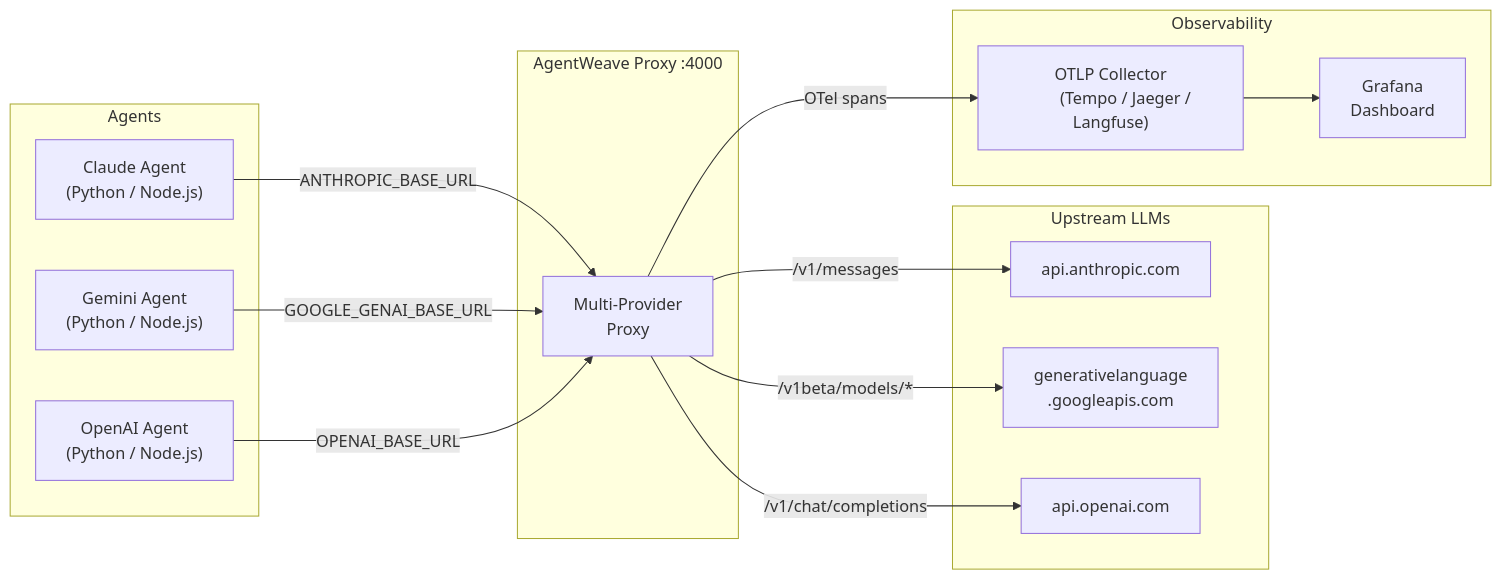
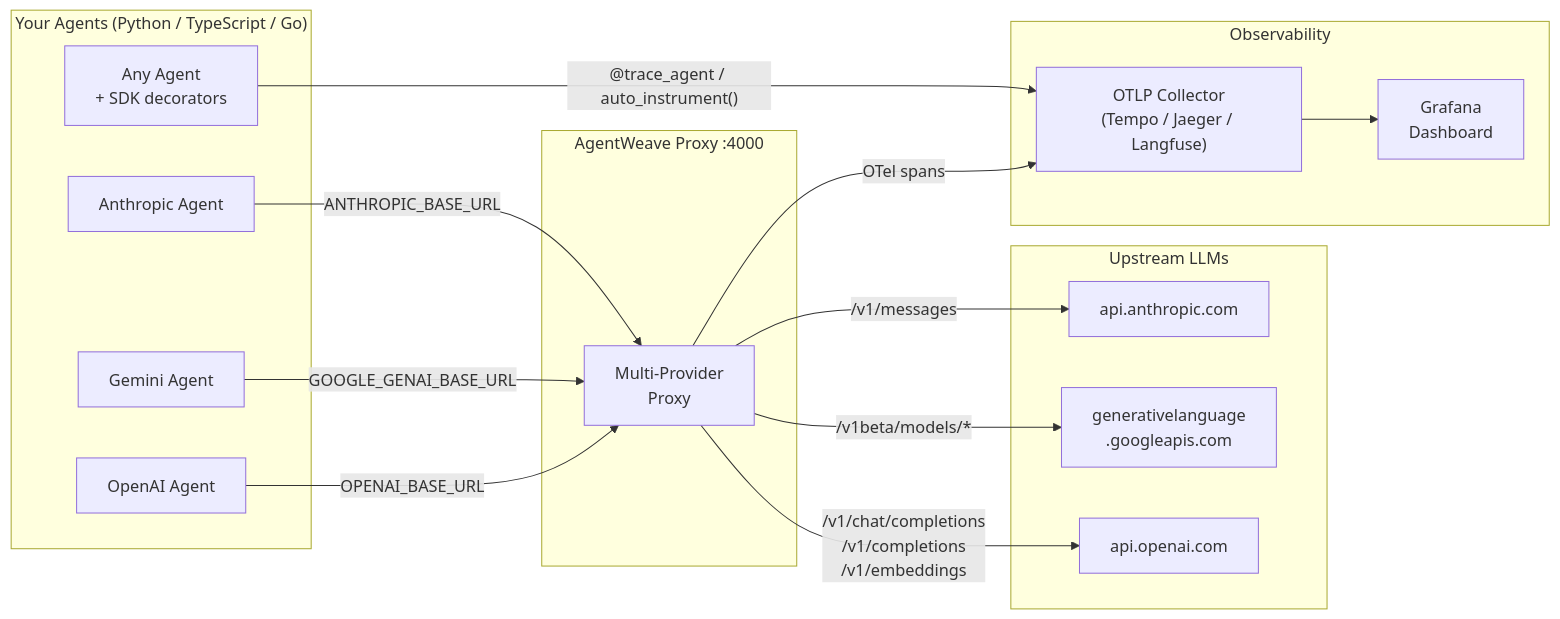
One commit to arniesaha/agentweave changed the diagram in README.md. Above: the diagram before and after it, drawn with Mermaid.

Commit message:
docs: update architecture diagram — Go SDK, OpenAI routes, SDK decorator path

````diff
--- a/README.md
+++ b/README.md
@@ -21,40 +21,35 @@
 ```mermaid
 graph LR
-    subgraph Agents
-        A1["Claude Agent
-        (Python / Node.js)"]
-        A2["Gemini Agent
-        (Python / Node.js)"]
-        A3["OpenAI Agent
-        (Python / Node.js)"]
+    subgraph Agents["Your Agents (Python / TypeScript / Go)"]
+        A1["Anthropic Agent"]
+        A2["Gemini Agent"]
+        A3["OpenAI Agent"]
+        A4["Any Agent\n+ SDK decorators"]
     end
 
-    subgraph AgentWeave Proxy :4000
-        P["Multi-Provider
-        Proxy"]
+    subgraph Proxy["AgentWeave Proxy :4000"]
+        P["Multi-Provider\nProxy"]
     end
 
-    subgraph Upstream LLMs
+    subgraph LLMs["Upstream LLMs"]
         AN[api.anthropic.com]
-        GO["generativelanguage
-        .googleapis.com"]
+        GO["generativelanguage\n.googleapis.com"]
         OA[api.openai.com]
     end
 
     subgraph Observability
-        OT["OTLP Collector
-        (Tempo / Jaeger / Langfuse)"]
-        GR["Grafana
-        Dashboard"]
+        OT["OTLP Collector\n(Tempo / Jaeger / Langfuse)"]
+        GR["Grafana\nDashboard"]
     end
 
     A1 -- "ANTHROPIC_BASE_URL" --> P
     A2 -- "GOOGLE_GENAI_BASE_URL" --> P
     A3 -- "OPENAI_BASE_URL" --> P
+    A4 -- "@trace_agent / auto_instrument()" --> OT
 
     P -- "/v1/messages" --> AN
     P -- "/v1beta/models/*" --> GO
-    P -- "/v1/chat/completions" --> OA
+    P -- "/v1/chat/completions\n/v1/completions\n/v1/embeddings" --> OA
     P -- "OTel spans" --> OT
     OT --> GR
 ```
````
